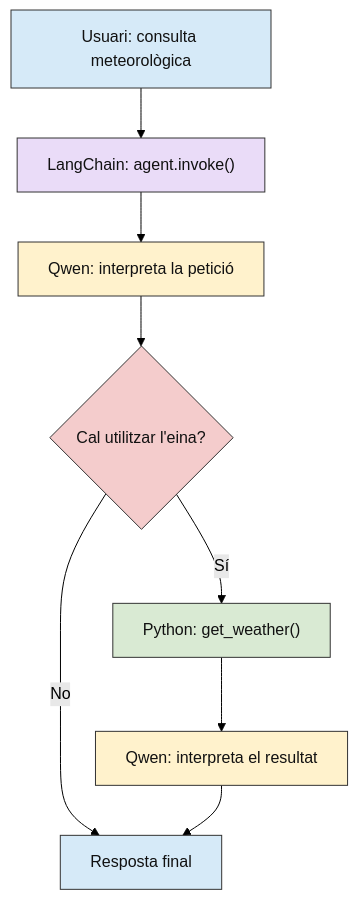
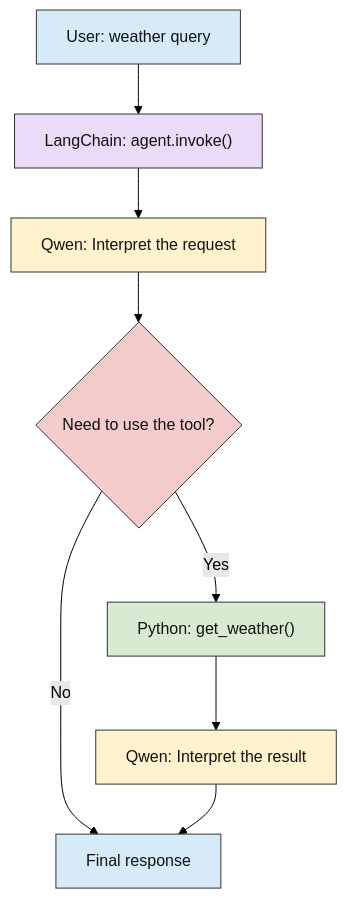
The second of 15 diagrams in AI_Observability/docs/08_examples.md (eetac/Visual_tools_for_AI), drawn with Mermaid (forest theme) before and after one commit. The commit also changed other lines of this file and 31 other files, not shown here.

````diff
--- a/AI_Observability/docs/08_examples.md
+++ b/AI_Observability/docs/08_examples.md
@@ -158,22 +158,22 @@
 ```mermaid
 flowchart TD
-    U["Usuari: consulta meteorològica"] --> A["LangChain: agent.invoke()"]
-    A --> L["Qwen: interpreta la petició"]
-    L --> D{"Cal utilitzar l'eina?"}
-    D -->|Sí| T["Python: get_weather()"]
-    T --> L2["Qwen: interpreta el resultat"]
-    D -->|No| F["Resposta final"]
+    U["User: weather query"] --> A["LangChain: agent.invoke()"]
+    A --> L["Qwen: Interpret the request"]
+    L --> D{"Need to use the tool?"}
+    D -->|Yes| T["Python: get_weather()"]
+    T --> L2["Qwen: Interpret the result"]
+    D -->|No| F["Final response"]
     L2 --> F
     class U,F entrada
     class A servei
     class L,L2 llm
     class D decisio
     class T python
     classDef entrada fill:#D6EAF8,stroke:#333333,color:#111111
     classDef llm fill:#FFF2CC,stroke:#333333,color:#111111
     classDef python fill:#D9EAD3,stroke:#333333,color:#111111
     classDef decisio fill:#F4CCCC,stroke:#333333,color:#111111
     classDef servei fill:#EADCF8,stroke:#333333,color:#111111
     classDef agent fill:#FCE5CD,stroke:#333333,color:#111111
     classDef opik fill:#F5F5F5,stroke:#333333,color:#111111
 ```
````
